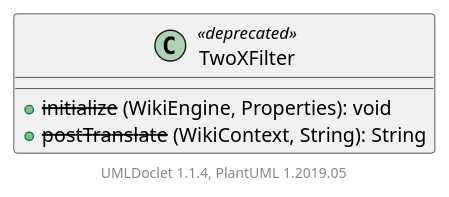
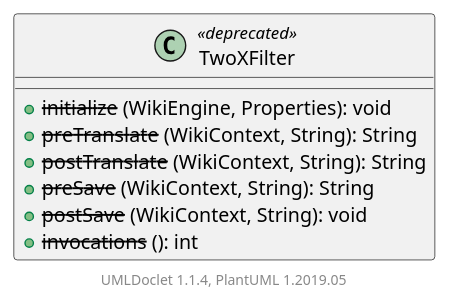
The diagram in apidocs/2.11.0.M7-SNAPSHOT/com/example/filters/TwoXFilter.puml (apache/jspwiki-site), drawn with PlantUML before and after one commit. The commit also changed 1733 other files, not shown here.

```diff
--- a/apidocs/2.11.0.M7-SNAPSHOT/com/example/filters/TwoXFilter.puml
+++ b/apidocs/2.11.0.M7-SNAPSHOT/com/example/filters/TwoXFilter.puml
@@ -1,10 +1,14 @@
 @startuml
 
     class TwoXFilter <<deprecated>> [[TwoXFilter.html]] {
         + --initialize-- (WikiEngine, Properties): void
+        + --preTranslate-- (WikiContext, String): String
         + --postTranslate-- (WikiContext, String): String
+        + --preSave-- (WikiContext, String): String
+        + --postSave-- (WikiContext, String): void
+        + --invocations-- (): int
     }
 
 
     center footer UMLDoclet 1.1.4, PlantUML 1.2019.05
 @enduml
```
